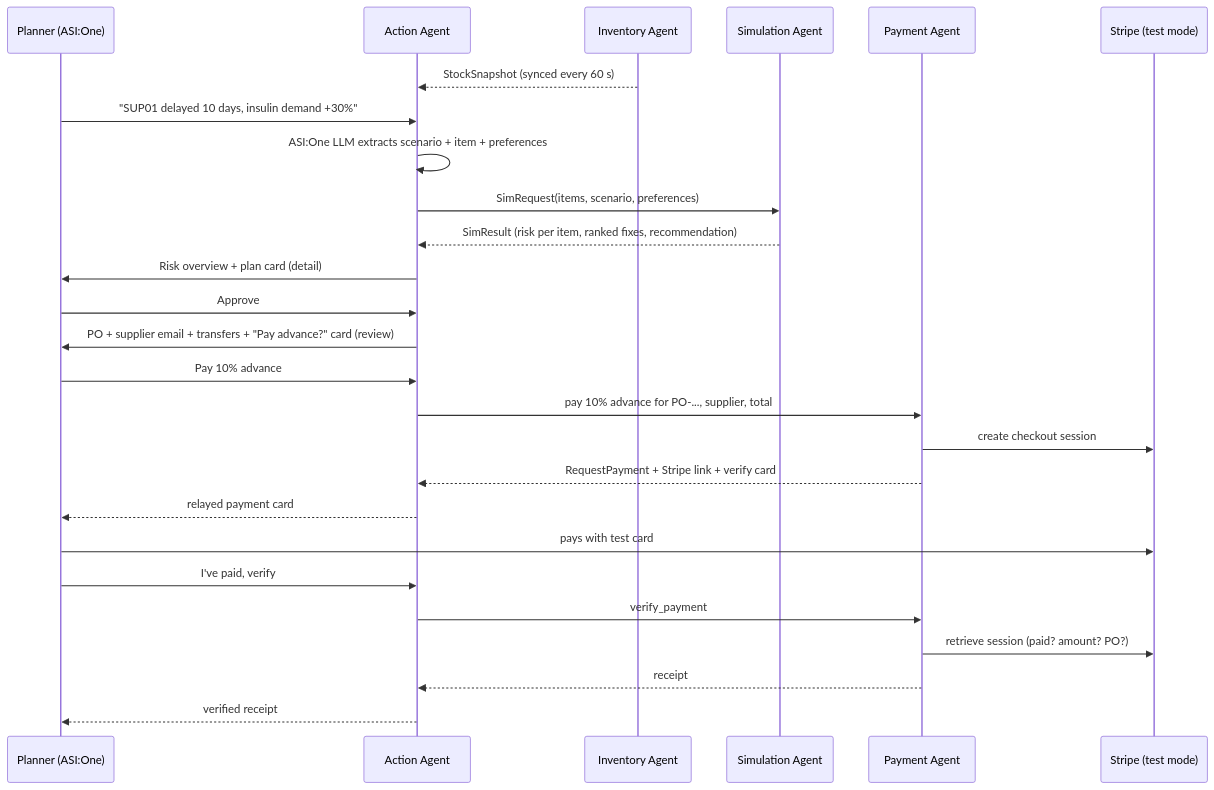
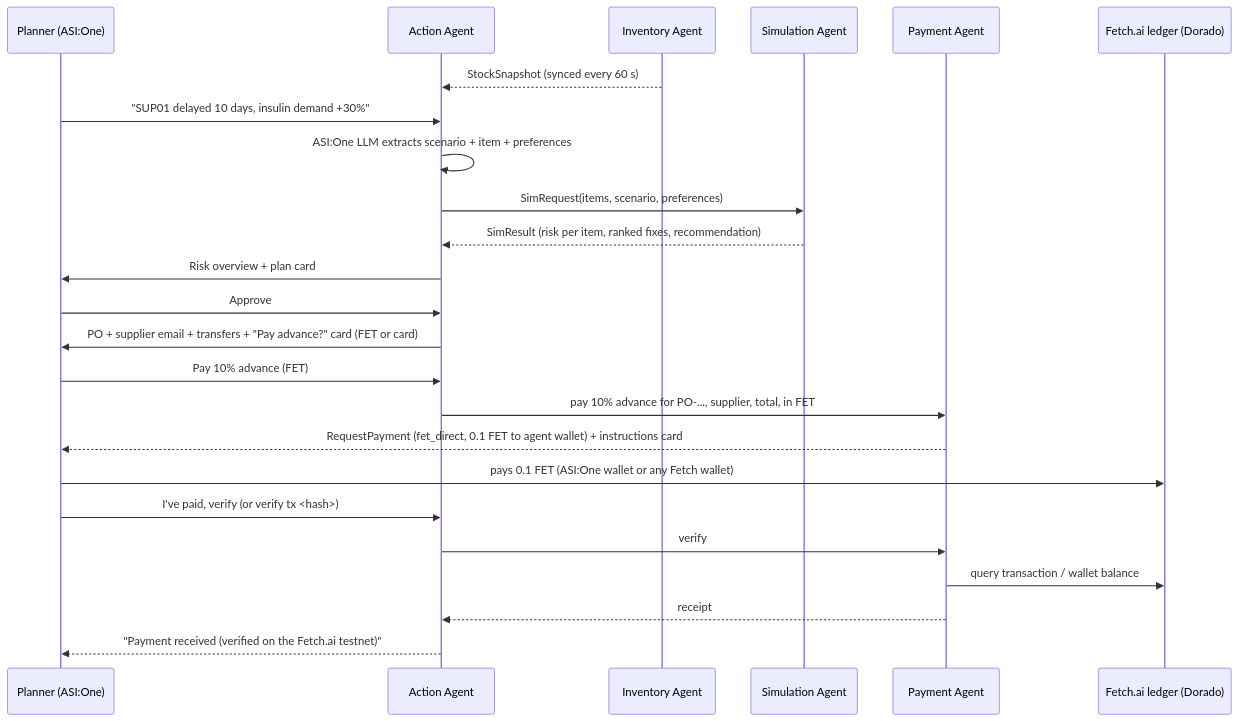
The diagram in README.md (theajthakur/fetch-a-thon), drawn with Mermaid before and after one commit. The commit also changed other lines of this file and 7 other files, not shown here.

Commit message:
feat: on-chain FET payment verification, interactive cards and budget-cap safeguards

````diff
--- a/README.md
+++ b/README.md
@@ -165,28 +96,26 @@
 ```mermaid
 sequenceDiagram
     participant U as Planner (ASI:One)
     participant A as Action Agent
     participant I as Inventory Agent
     participant S as Simulation Agent
     participant P as Payment Agent
-    participant St as Stripe (test mode)
+    participant L as Fetch.ai ledger (Dorado)
     I-->>A: StockSnapshot (synced every 60 s)
     U->>A: "SUP01 delayed 10 days, insulin demand +30%"
     A->>A: ASI:One LLM extracts scenario + item + preferences
     A->>S: SimRequest(items, scenario, preferences)
     S-->>A: SimResult (risk per item, ranked fixes, recommendation)
-    A->>U: Risk overview + plan card (detail)
+    A->>U: Risk overview + plan card
     U->>A: Approve
-    A->>U: PO + supplier email + transfers + "Pay advance?" card (review)
-    U->>A: Pay 10% advance
-    A->>P: pay 10% advance for PO-..., supplier, total
-    P->>St: create checkout session
-    P-->>A: RequestPayment + Stripe link + verify card
-    A-->>U: relayed payment card
-    U->>St: pays with test card
-    U->>A: I've paid, verify
-    A->>P: verify_payment
-    P->>St: retrieve session (paid? amount? PO?)
+    A->>U: PO + supplier email + transfers + "Pay advance?" card (FET or card)
+    U->>A: Pay 10% advance (FET)
+    A->>P: pay 10% advance for PO-..., supplier, total, in FET
+    P-->>U: RequestPayment (fet_direct, 0.1 FET to agent wallet) + instructions card
+    U->>L: pays 0.1 FET (ASI:One wallet or any Fetch wallet)
+    U->>A: I've paid, verify (or verify tx <hash>)
+    A->>P: verify
+    P->>L: query transaction / wallet balance
     P-->>A: receipt
-    A-->>U: verified receipt
+    A-->>U: "Payment received (verified on the Fetch.ai testnet)"
 ```
````
